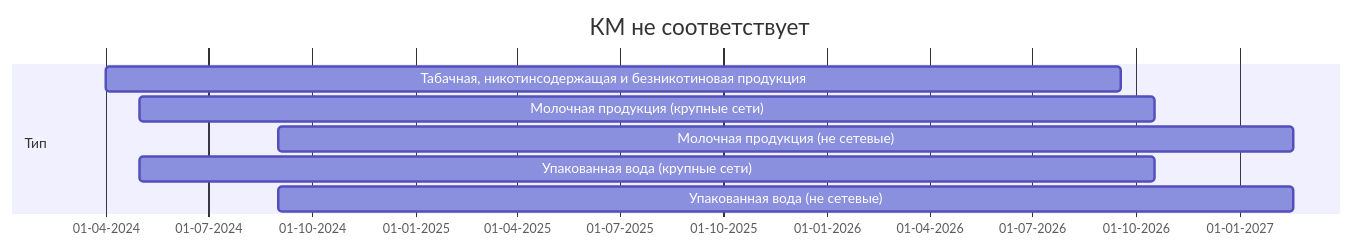
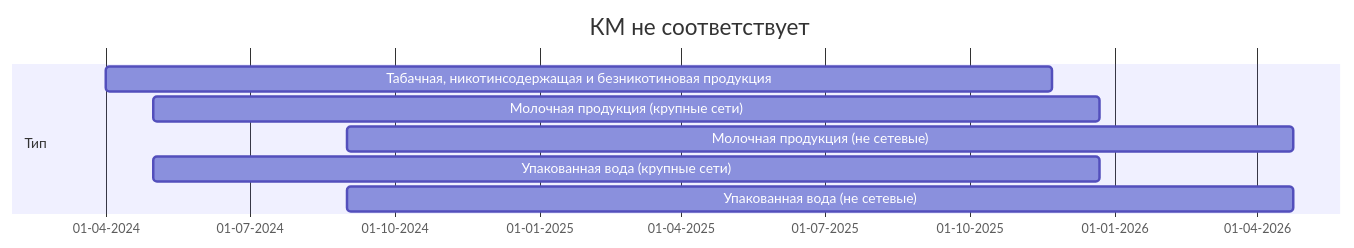
One commit to itidasoft/wiki changed the seventh of 7 diagrams in imark/ppr1944.md. Above: the diagram before and after it, drawn with Mermaid. The commit also changed other lines of this file, not shown here.

````diff
--- a/imark/ppr1944.md
+++ b/imark/ppr1944.md
@@ -269,13 +269,13 @@
 ```mermaid
 gantt
 	title КМ не соответствует
   dateFormat DD-MM-YYYY
   axisFormat %d-%m-%Y
   section Тип
-  	Табачная, никотинсодержащая и безникотиновая продукция          :a1, 01-04-2024, 900d
-    Молочная продукция (крупные сети)    :a2, 01-05-2024, 900d
-    Молочная продукция (не сетевые)    :a3, 01-09-2024, 900d
-    Упакованная вода (крупные сети)   :a4, 01-05-2024, 900d
-    Упакованная вода (не сетевые)   :a5, 01-09-2024, 900d
+  	Табачная, никотинсодержащая и безникотиновая продукция          :a1, 01-04-2024, 600d
+    Молочная продукция (крупные сети)    :a2, 01-05-2024, 600d
+    Молочная продукция (не сетевые)    :a3, 01-09-2024, 600d
+    Упакованная вода (крупные сети)   :a4, 01-05-2024, 600d
+    Упакованная вода (не сетевые)   :a5, 01-09-2024, 600d
     
 ```
````
